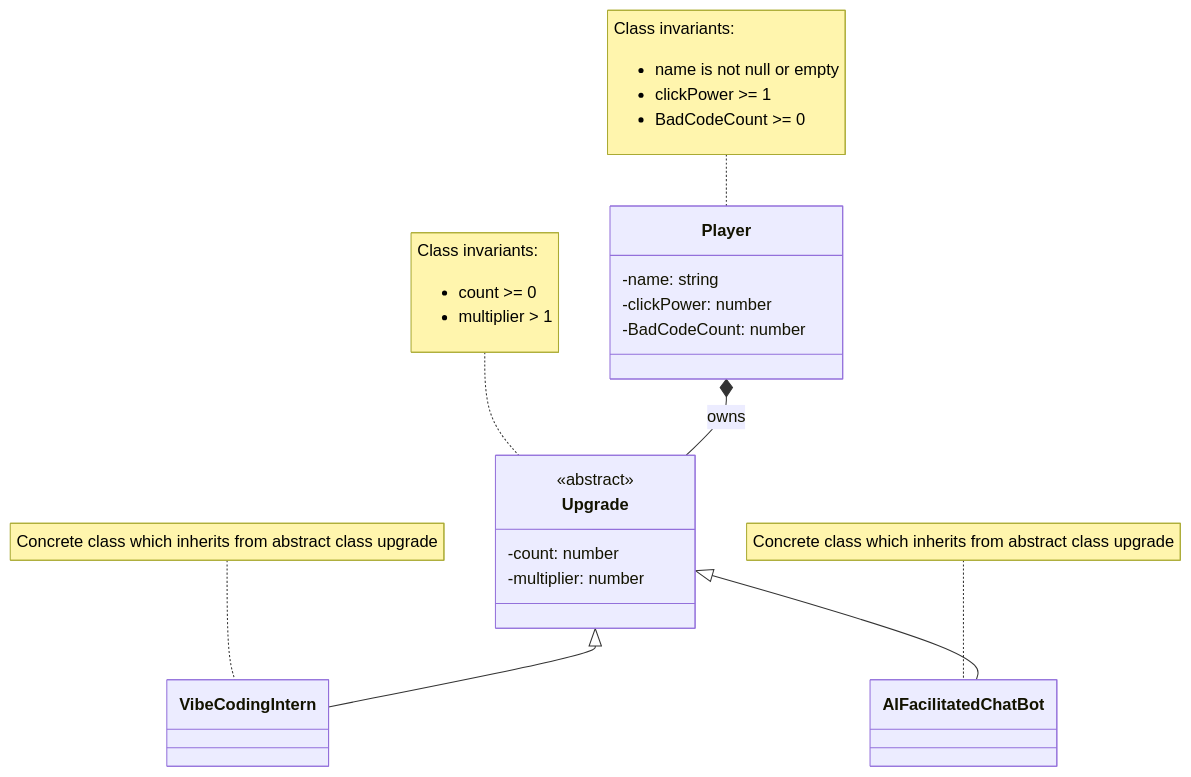
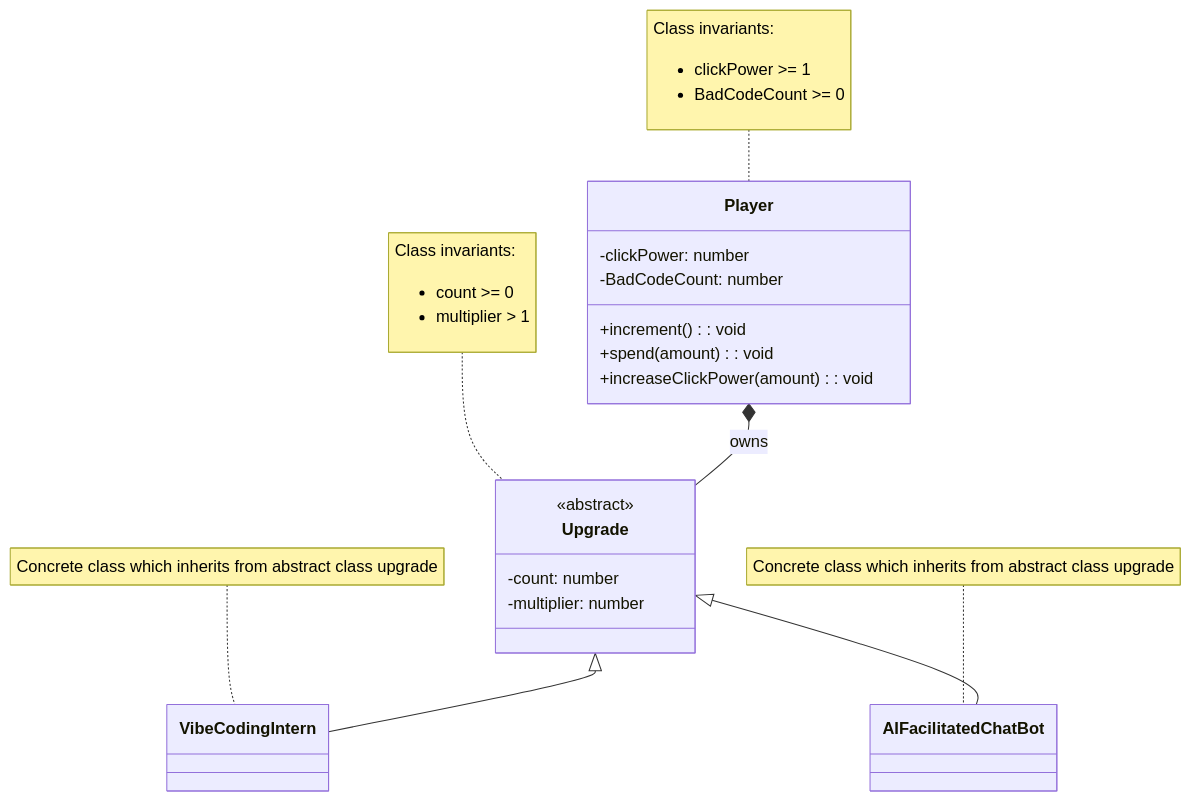
One commit to MoulikB/2452-project changed the diagram in domain.md. Above: the diagram before and after it, drawn with Mermaid. The commit also changed 16 other files, not shown here.

````diff
--- a/domain.md
+++ b/domain.md
@@ -11,44 +11,41 @@
 ```mermaid
-
 classDiagram
 
 class Player {
-    -name: string
     -clickPower: number
     -BadCodeCount: number
+    +increment() : void
+    +spend(amount): void
+    +increaseClickPower(amount): void
 }
 
 note for Player "Class invariants:
 <ul>
-<li>name is not null or empty</li>
 <li>clickPower >= 1</li>
 <li>BadCodeCount >= 0</li>
 </ul>"
 
 class Upgrade {
     <<abstract>>
     -count: number
     -multiplier: number
 }
 
 note for Upgrade "Class invariants:
 <ul>
 <li>count >= 0</li>
 <li>multiplier > 1</li>
 </ul>"
 
-class VibeCodingIntern {
-}
+class VibeCodingIntern
 
-class AIFacilitatedChatBot {
-}
+class AIFacilitatedChatBot
 
 note for VibeCodingIntern "Concrete class which inherits from abstract class upgrade"
 
 note for AIFacilitatedChatBot "Concrete class which inherits from abstract class upgrade"
 Upgrade <|-- VibeCodingIntern
 Upgrade <|-- AIFacilitatedChatBot
 
 Player *-- Upgrade : owns
-
 ```
````
